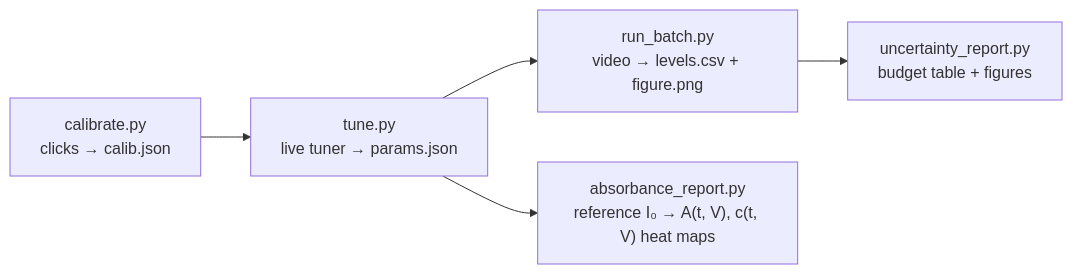
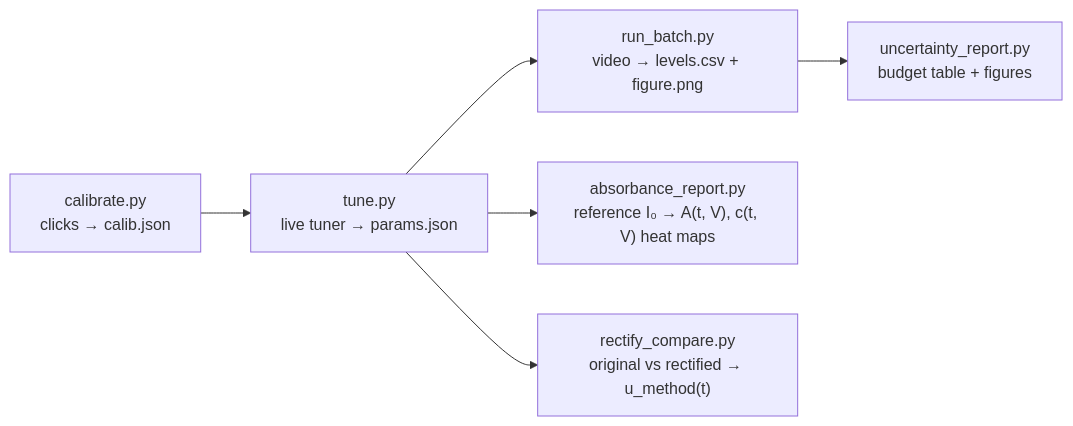
One commit to Camedpc/liquid-foam-interface-volume-detector changed the diagram in README.md. Above: the diagram before and after it, drawn with Mermaid. The commit also changed other lines of this file and 10 other files, not shown here.

````diff
--- a/README.md
+++ b/README.md
@@ -40,7 +41,8 @@
 ```mermaid
 flowchart LR
     A["calibrate.py<br/>clicks → calib.json"] --> B["tune.py<br/>live tuner → params.json"]
     B --> C["run_batch.py<br/>video → levels.csv + figure.png"]
     C --> D["uncertainty_report.py<br/>budget table + figures"]
     B --> E["absorbance_report.py<br/>reference I₀ → A(t, V), c(t, V) heat maps"]
+    B --> F["rectify_compare.py<br/>original vs rectified → u_method(t)"]
 ```
````
